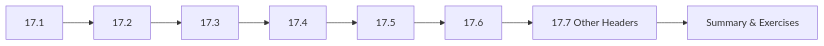
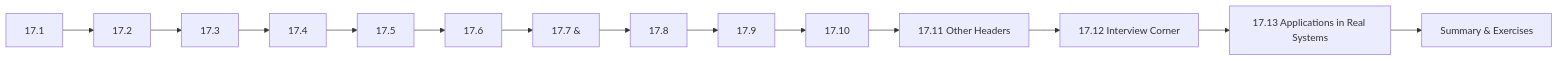
Before and after one commit to Raushan666java/ai-engineering-journey: the diagram in docs/courses/c-programming/17-standard-library.md, drawn with Mermaid. The commit also changed other lines of this file and 23 other files, not shown here.

````diff
--- a/docs/courses/c-programming/17-standard-library.md
+++ b/docs/courses/c-programming/17-standard-library.md
@@ -30,10 +35,16 @@
 ```mermaid
 flowchart LR
     A["17.1 <stdio.h>"] --> B["17.2 <stdlib.h>"]
     B --> C["17.3 <string.h>"]
     C --> D["17.4 <math.h>"]
     D --> E["17.5 <ctype.h>"]
     E --> F["17.6 <time.h>"]
-    F --> G["17.7 Other Headers"]
-    G --> H["Summary & Exercises"]
+    F --> G["17.7 <errno.h> & <assert.h>"]
+    G --> H["17.8 <setjmp.h>"]
+    H --> I["17.9 <signal.h>"]
+    I --> J["17.10 <stdarg.h>"]
+    J --> K["17.11 Other Headers"]
+    K --> L["17.12 Interview Corner"]
+    L --> M["17.13 Applications in Real Systems"]
+    M --> N["Summary & Exercises"]
 ```
````
